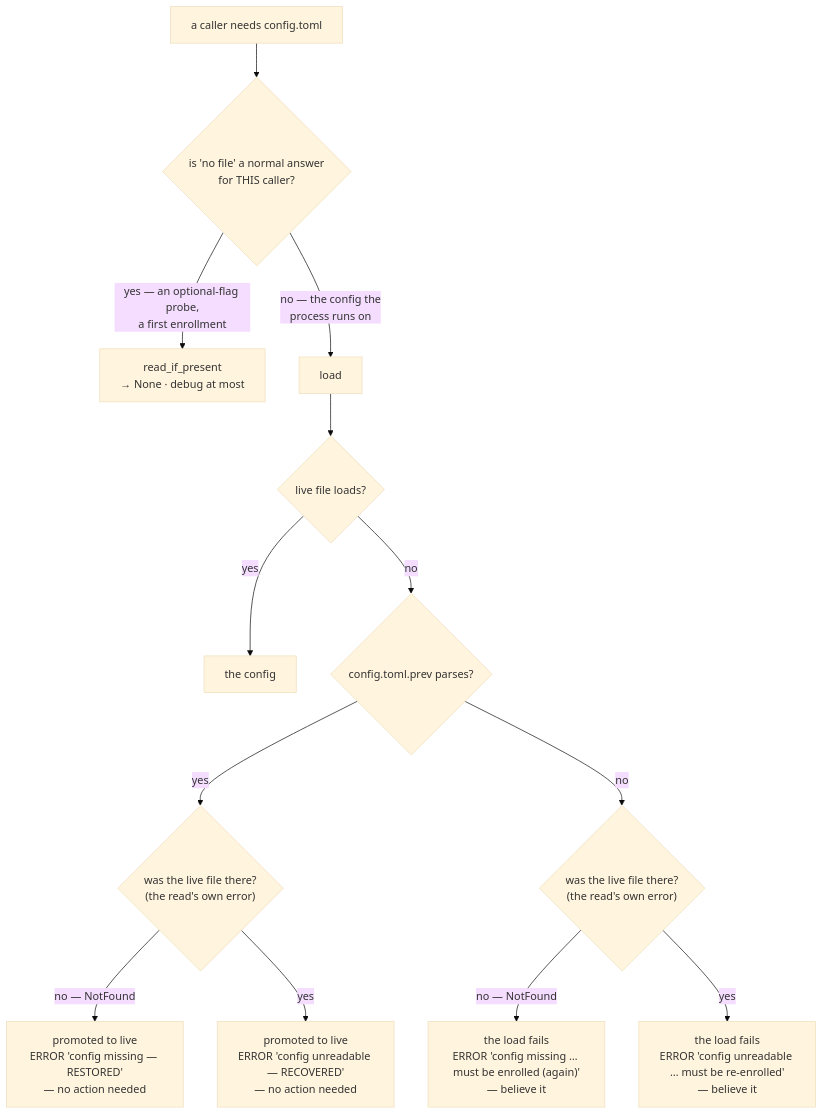
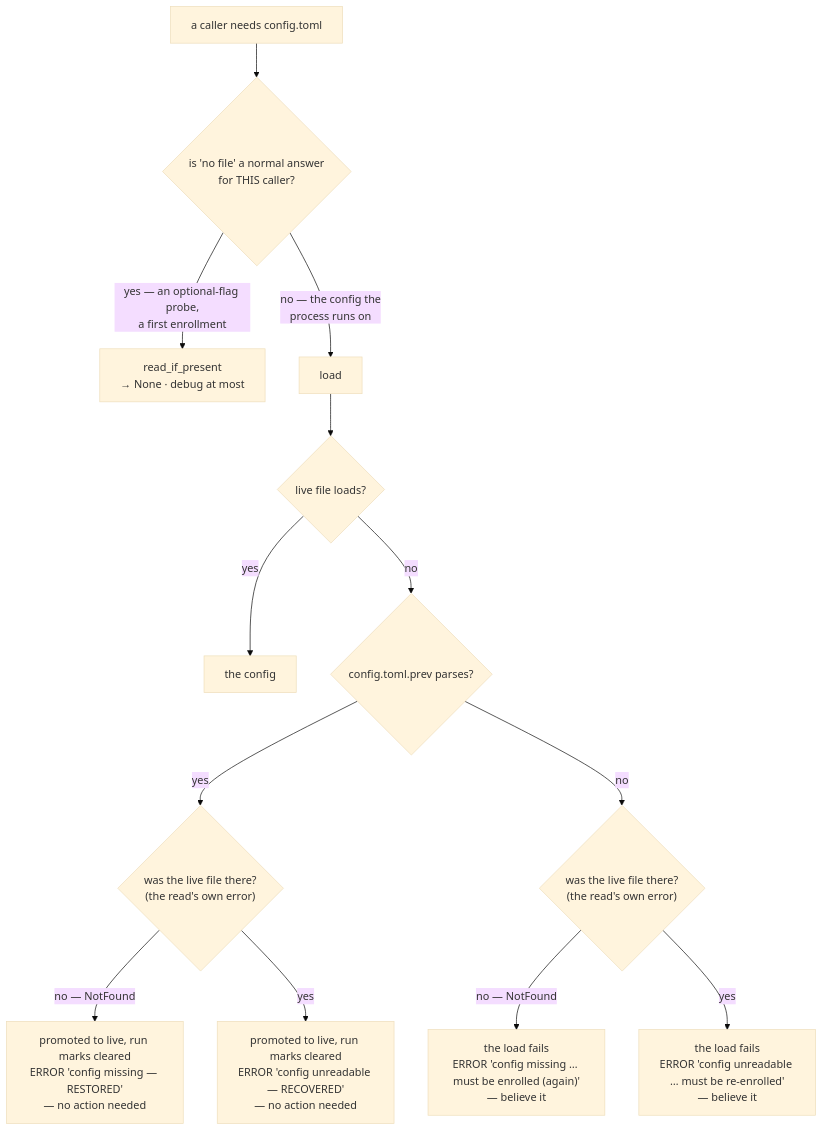
The sixth of 24 diagrams in docs/installation.md (gjovanov/roomler-ai), drawn with Mermaid (base theme) before and after one commit. The commit also changed other lines of this file and 14 other files, not shown here.

````diff
--- a/docs/installation.md
+++ b/docs/installation.md
@@ -591,15 +591,15 @@
 ```mermaid
 flowchart TD
     Q["a caller needs config.toml"] --> A{"is 'no file' a normal answer<br/>for THIS caller?"}
     A -->|"yes — an optional-flag probe,<br/>a first enrollment"| P["read_if_present<br/>→ None · debug at most"]
     A -->|"no — the config the<br/>process runs on"| L["load"]
     L --> T{"live file loads?"}
     T -->|"yes"| OK["the config"]
     T -->|"no"| V{"config.toml.prev parses?"}
     V -->|"yes"| W{"was the live file there?<br/>(the read's own error)"}
-    W -->|"no — NotFound"| RM["promoted to live<br/>ERROR 'config missing — RESTORED'<br/>— no action needed"]
-    W -->|"yes"| R["promoted to live<br/>ERROR 'config unreadable — RECOVERED'<br/>— no action needed"]
+    W -->|"no — NotFound"| RM["promoted to live, run marks cleared<br/>ERROR 'config missing — RESTORED'<br/>— no action needed"]
+    W -->|"yes"| R["promoted to live, run marks cleared<br/>ERROR 'config unreadable — RECOVERED'<br/>— no action needed"]
     V -->|"no"| X{"was the live file there?<br/>(the read's own error)"}
     X -->|"no — NotFound"| EM["the load fails<br/>ERROR 'config missing … must be enrolled (again)'<br/>— believe it"]
     X -->|"yes"| E["the load fails<br/>ERROR 'config unreadable … must be re-enrolled'<br/>— believe it"]
 ```
````
